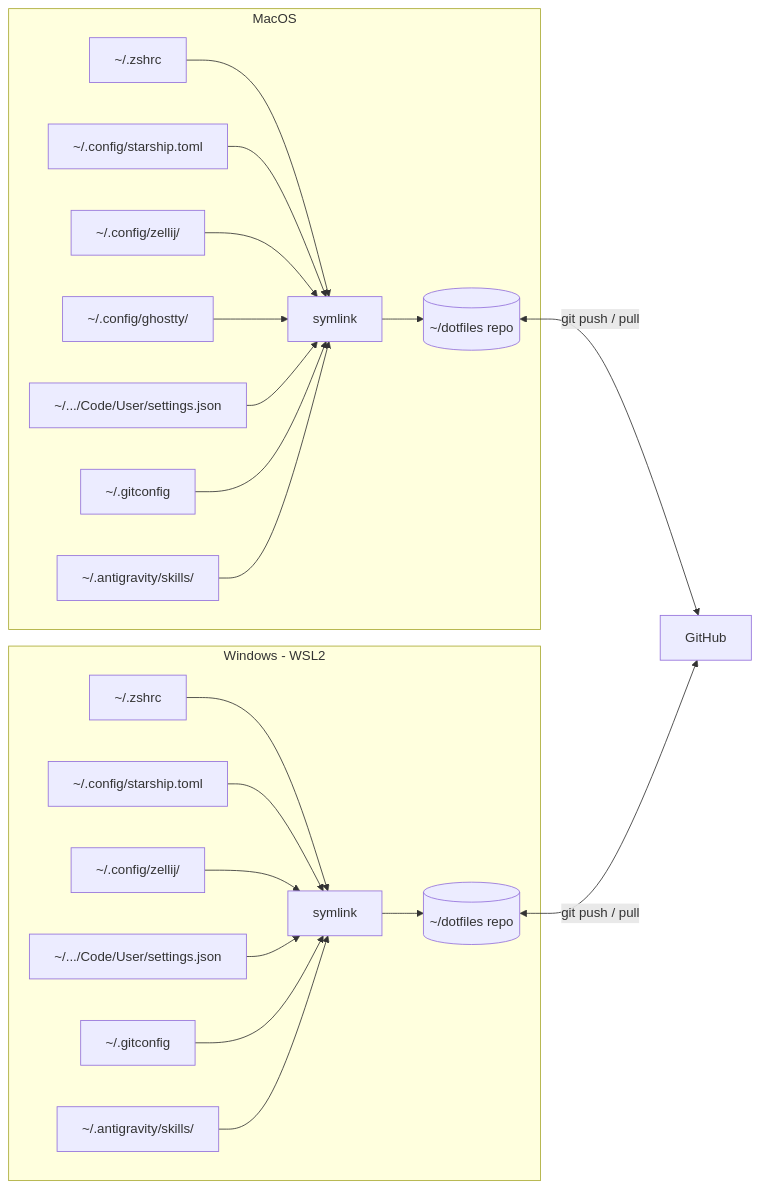
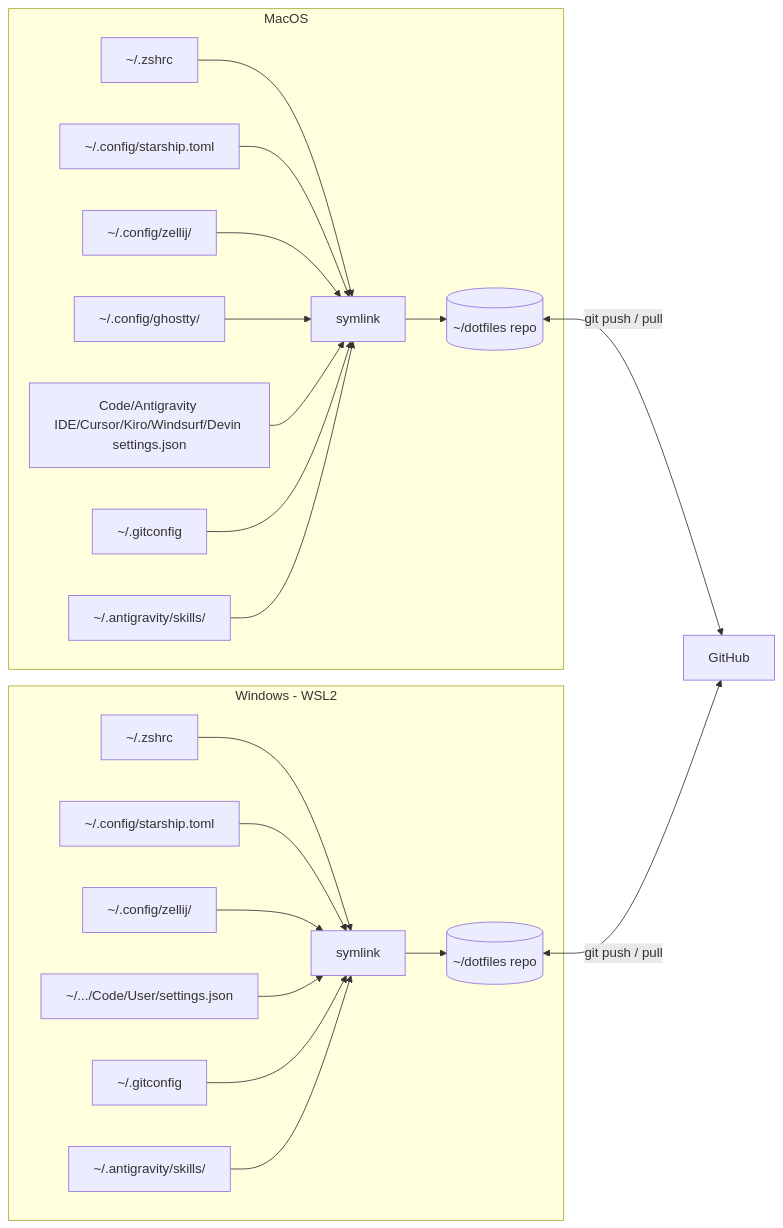
The second of 3 diagrams in README.md (deepusharma/dotfiles), drawn with Mermaid before and after one commit. The commit also changed other lines of this file and 14 other files, not shown here.

First line of the commit message:
feat(editors): sync settings across all VS Code-family editors

````diff
--- a/README.md
+++ b/README.md
@@ -82,26 +82,26 @@
 ```mermaid
 flowchart LR
     subgraph mac [MacOS]
         M1[~/.zshrc] --> ML[symlink]
         M2[~/.config/starship.toml] --> ML
         M3[~/.config/zellij/] --> ML
         M4[~/.config/ghostty/] --> ML
-        M5[~/.../Code/User/settings.json] --> ML
+        M5[Code/Antigravity IDE/Cursor/Kiro/Windsurf/Devin settings.json] --> ML
         M6[~/.gitconfig] --> ML
         M7[~/.antigravity/skills/] --> ML
         ML --> MR[(~/dotfiles repo)]
     end
 
     subgraph win [Windows - WSL2]
         W1[~/.zshrc] --> WL[symlink]
         W2[~/.config/starship.toml] --> WL
         W3[~/.config/zellij/] --> WL
         W4[~/.../Code/User/settings.json] --> WL
         W5[~/.gitconfig] --> WL
         W6[~/.antigravity/skills/] --> WL
         WL --> WR[(~/dotfiles repo)]
     end
 
     MR <-->|git push / pull| GH[GitHub]
     WR <-->|git push / pull| GH
 ```
````
